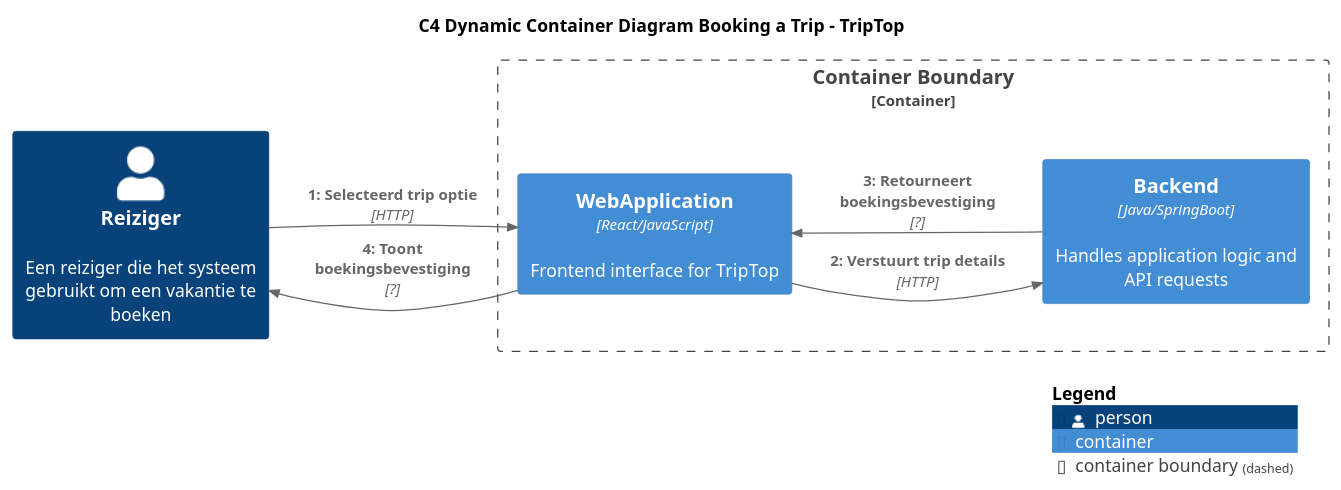
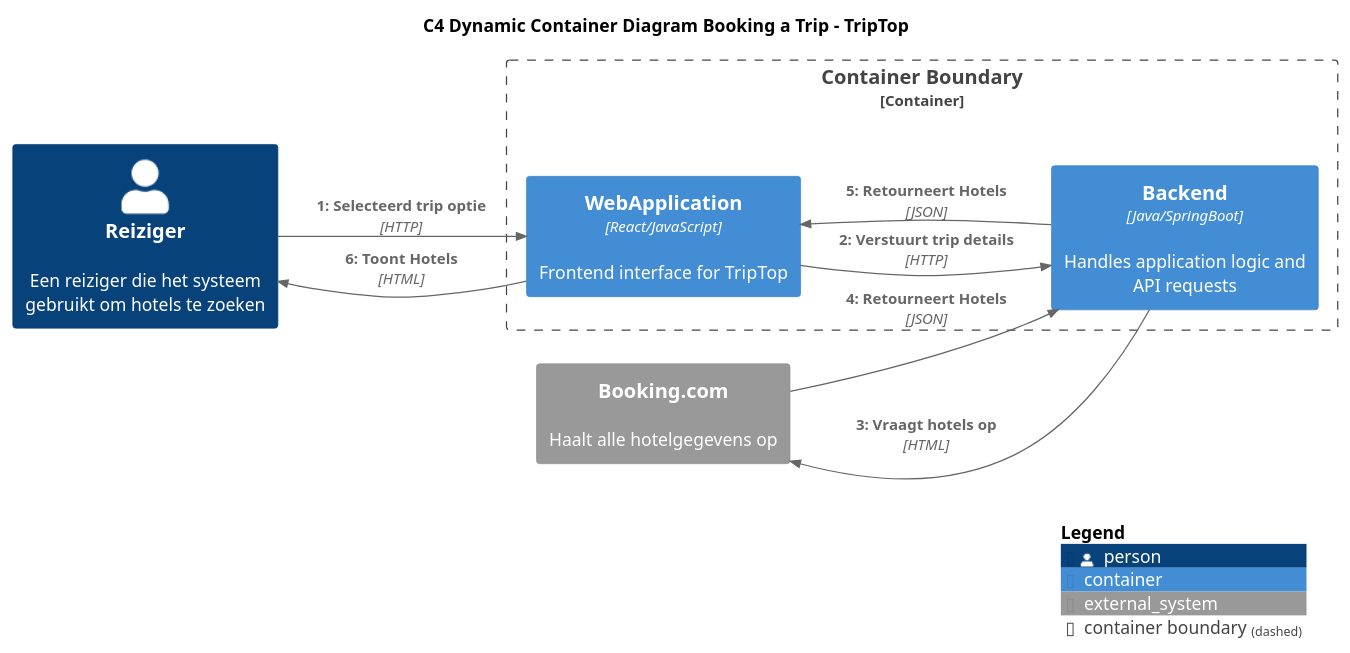
Before and after one commit to AIM-ENE-feb25/triptop-groep-b4: the diagram in C4_diagrammen/DynamicContainerDiagramBooking.puml, drawn with PlantUML.

```diff
--- a/C4_diagrammen/DynamicContainerDiagramBooking.puml
+++ b/C4_diagrammen/DynamicContainerDiagramBooking.puml
@@ -1,20 +1,25 @@
 @startuml
 !include https://raw.githubusercontent.com/plantuml-stdlib/C4-PlantUML/master/C4_Container.puml
 
 title C4 Dynamic Container Diagram Booking a Trip - TripTop
 left to right direction
 
-Person(Reiziger, "Reiziger", "Een reiziger die het systeem gebruikt om een vakantie te boeken")
+Person(Reiziger, "Reiziger", "Een reiziger die het systeem gebruikt om hotels te zoeken")
 
 Container_Boundary(ContainerBoundary, "Container Boundary") {
     Container(WebApp, "WebApplication", "React/JavaScript", "Frontend interface for TripTop")
     Container(Backend, "Backend", "Java/SpringBoot", "Handles application logic and API requests")
 }
 
+System_Ext(BookingCom, "Booking.com", "Haalt alle hotelgegevens op")
+
 Rel(Reiziger, WebApp, "1: Selecteerd trip optie", $techn="HTTP", $tags="", $link="")
 Rel(WebApp, Backend, "2: Verstuurt trip details", $techn="HTTP", $tags="", $link="")
-Rel(Backend, WebApp, "3: Retourneert boekingsbevestiging", $techn="?", $tags="", $link="")
-Rel(WebApp, Reiziger, "4: Toont boekingsbevestiging", $techn="?", $tags="", $link="")
+Rel(Backend, BookingCom,"3: Vraagt hotels op", $techn="HTML", $tags="", $link="")
+Rel(BookingCom, Backend, "4: Retourneert Hotels", $techn="JSON", $tags="", $link="")
+Rel(Backend, WebApp, "5: Retourneert Hotels", $techn="JSON", $tags="", $link="")
+Rel(WebApp, Reiziger, "6: Toont Hotels", $techn="HTML", $tags="", $link="")
+
 
 SHOW_LEGEND(true)
 @enduml
```
